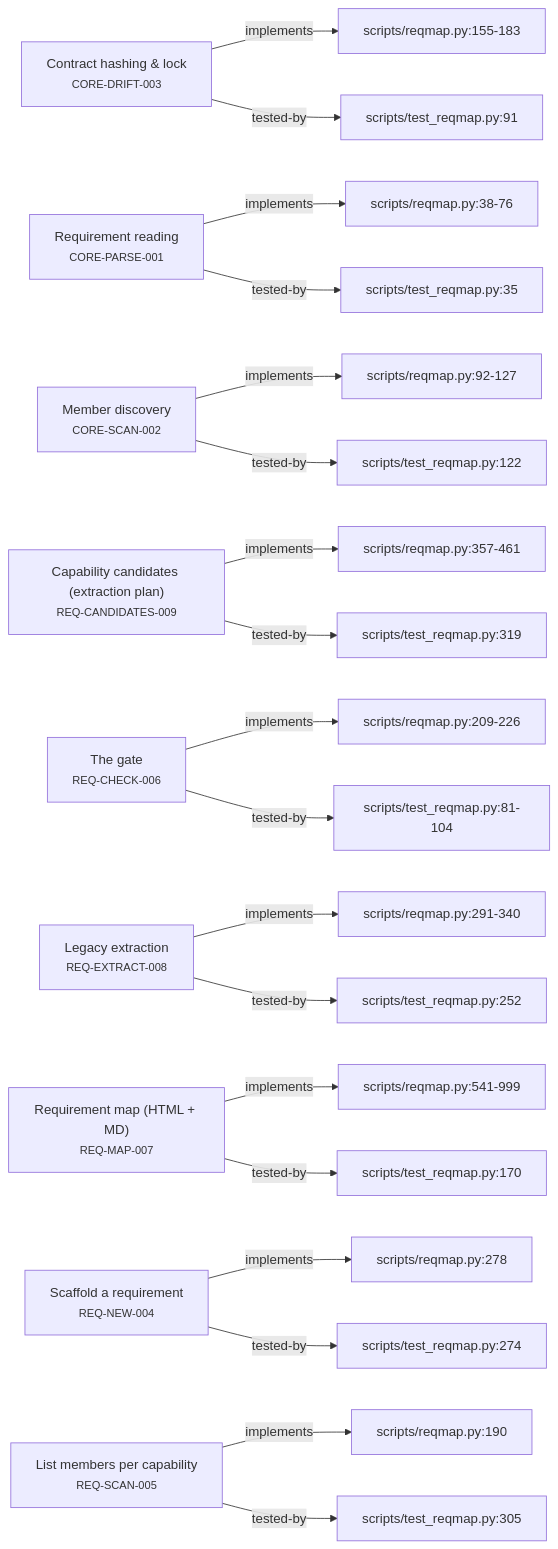
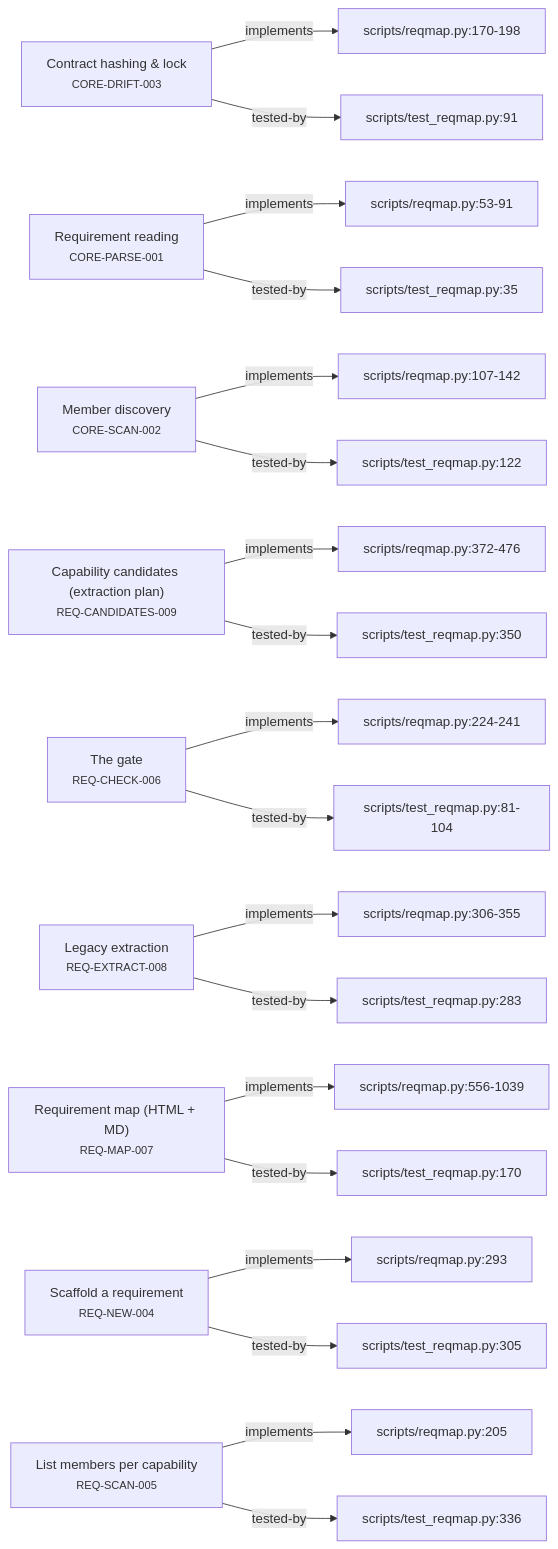
Before and after one commit to alxmax/Requirement-manager: the second of 5 diagrams in plugin/requirements/_map.md, drawn with Mermaid. The commit also changed other lines of this file and 3 other files, not shown here.

````diff
--- a/plugin/requirements/_map.md
+++ b/plugin/requirements/_map.md
@@ -37,48 +37,48 @@
 ```mermaid
 graph LR
   CORE_DRIFT_003["Contract hashing & lock<br><small>CORE-DRIFT-003</small>"]
-  f_scripts_reqmap_py_155_183["scripts/reqmap.py:155-183"]
-  CORE_DRIFT_003 -->|implements| f_scripts_reqmap_py_155_183
+  f_scripts_reqmap_py_170_198["scripts/reqmap.py:170-198"]
+  CORE_DRIFT_003 -->|implements| f_scripts_reqmap_py_170_198
   f_scripts_test_reqmap_py_91["scripts/test_reqmap.py:91"]
   CORE_DRIFT_003 -->|tested-by| f_scripts_test_reqmap_py_91
   CORE_PARSE_001["Requirement reading<br><small>CORE-PARSE-001</small>"]
-  f_scripts_reqmap_py_38_76["scripts/reqmap.py:38-76"]
-  CORE_PARSE_001 -->|implements| f_scripts_reqmap_py_38_76
+  f_scripts_reqmap_py_53_91["scripts/reqmap.py:53-91"]
+  CORE_PARSE_001 -->|implements| f_scripts_reqmap_py_53_91
   f_scripts_test_reqmap_py_35["scripts/test_reqmap.py:35"]
   CORE_PARSE_001 -->|tested-by| f_scripts_test_reqmap_py_35
   CORE_SCAN_002["Member discovery<br><small>CORE-SCAN-002</small>"]
-  f_scripts_reqmap_py_92_127["scripts/reqmap.py:92-127"]
-  CORE_SCAN_002 -->|implements| f_scripts_reqmap_py_92_127
+  f_scripts_reqmap_py_107_142["scripts/reqmap.py:107-142"]
+  CORE_SCAN_002 -->|implements| f_scripts_reqmap_py_107_142
   f_scripts_test_reqmap_py_122["scripts/test_reqmap.py:122"]
   CORE_SCAN_002 -->|tested-by| f_scripts_test_reqmap_py_122
   REQ_CANDIDATES_009["Capability candidates (extraction plan)<br><small>REQ-CANDIDATES-009</small>"]
-  f_scripts_reqmap_py_357_461["scripts/reqmap.py:357-461"]
-  REQ_CANDIDATES_009 -->|implements| f_scripts_reqmap_py_357_461
-  f_scripts_test_reqmap_py_319["scripts/test_reqmap.py:319"]
-  REQ_CANDIDATES_009 -->|tested-by| f_scripts_test_reqmap_py_319
+  f_scripts_reqmap_py_372_476["scripts/reqmap.py:372-476"]
+  REQ_CANDIDATES_009 -->|implements| f_scripts_reqmap_py_372_476
+  f_scripts_test_reqmap_py_350["scripts/test_reqmap.py:350"]
+  REQ_CANDIDATES_009 -->|tested-by| f_scripts_test_reqmap_py_350
   REQ_CHECK_006["The gate<br><small>REQ-CHECK-006</small>"]
-  f_scripts_reqmap_py_209_226["scripts/reqmap.py:209-226"]
-  REQ_CHECK_006 -->|implements| f_scripts_reqmap_py_209_226
+  f_scripts_reqmap_py_224_241["scripts/reqmap.py:224-241"]
+  REQ_CHECK_006 -->|implements| f_scripts_reqmap_py_224_241
   f_scripts_test_reqmap_py_81_104["scripts/test_reqmap.py:81-104"]
   REQ_CHECK_006 -->|tested-by| f_scripts_test_reqmap_py_81_104
   REQ_EXTRACT_008["Legacy extraction<br><small>REQ-EXTRACT-008</small>"]
-  f_scripts_reqmap_py_291_340["scripts/reqmap.py:291-340"]
-  REQ_EXTRACT_008 -->|implements| f_scripts_reqmap_py_291_340
-  f_scripts_test_reqmap_py_252["scripts/test_reqmap.py:252"]
-  REQ_EXTRACT_008 -->|tested-by| f_scripts_test_reqmap_py_252
+  f_scripts_reqmap_py_306_355["scripts/reqmap.py:306-355"]
+  REQ_EXTRACT_008 -->|implements| f_scripts_reqmap_py_306_355
+  f_scripts_test_reqmap_py_283["scripts/test_reqmap.py:283"]
+  REQ_EXTRACT_008 -->|tested-by| f_scripts_test_reqmap_py_283
   REQ_MAP_007["Requirement map (HTML + MD)<br><small>REQ-MAP-007</small>"]
-  f_scripts_reqmap_py_541_999["scripts/reqmap.py:541-999"]
-  REQ_MAP_007 -->|implements| f_scripts_reqmap_py_541_999
+  f_scripts_reqmap_py_556_1039["scripts/reqmap.py:556-1039"]
+  REQ_MAP_007 -->|implements| f_scripts_reqmap_py_556_1039
   f_scripts_test_reqmap_py_170["scripts/test_reqmap.py:170"]
   REQ_MAP_007 -->|tested-by| f_scripts_test_reqmap_py_170
   REQ_NEW_004["Scaffold a requirement<br><small>REQ-NEW-004</small>"]
-  f_scripts_reqmap_py_278["scripts/reqmap.py:278"]
-  REQ_NEW_004 -->|implements| f_scripts_reqmap_py_278
-  f_scripts_test_reqmap_py_274["scripts/test_reqmap.py:274"]
-  REQ_NEW_004 -->|tested-by| f_scripts_test_reqmap_py_274
+  f_scripts_reqmap_py_293["scripts/reqmap.py:293"]
+  REQ_NEW_004 -->|implements| f_scripts_reqmap_py_293
+  f_scripts_test_reqmap_py_305["scripts/test_reqmap.py:305"]
+  REQ_NEW_004 -->|tested-by| f_scripts_test_reqmap_py_305
   REQ_SCAN_005["List members per capability<br><small>REQ-SCAN-005</small>"]
-  f_scripts_reqmap_py_190["scripts/reqmap.py:190"]
-  REQ_SCAN_005 -->|implements| f_scripts_reqmap_py_190
-  f_scripts_test_reqmap_py_305["scripts/test_reqmap.py:305"]
-  REQ_SCAN_005 -->|tested-by| f_scripts_test_reqmap_py_305
+  f_scripts_reqmap_py_205["scripts/reqmap.py:205"]
+  REQ_SCAN_005 -->|implements| f_scripts_reqmap_py_205
+  f_scripts_test_reqmap_py_336["scripts/test_reqmap.py:336"]
+  REQ_SCAN_005 -->|tested-by| f_scripts_test_reqmap_py_336
 ```
````
